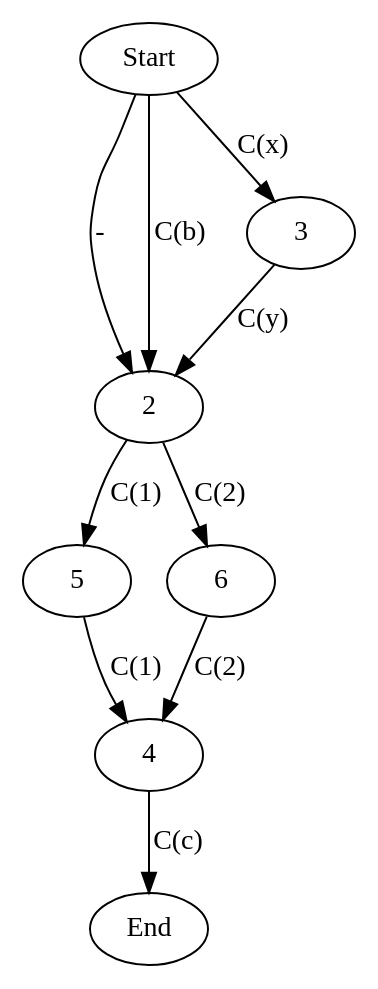
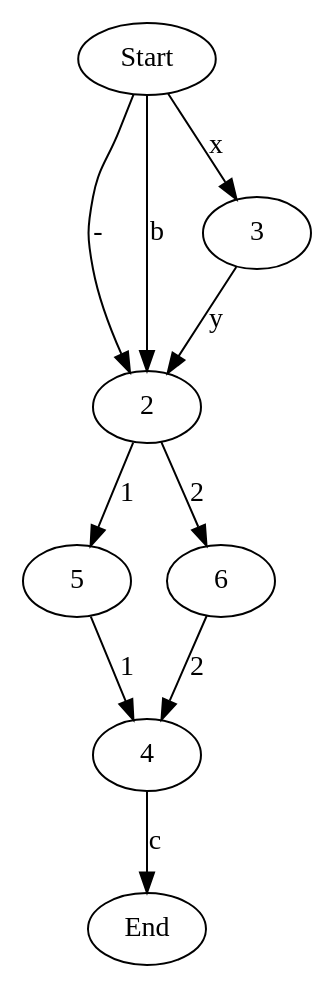
Before and after one commit to itarato/peter_grep: the diagram in state_machine.dot, drawn with Graphviz. The commit also changed 4 other files, not shown here.

```diff
--- a/state_machine.dot
+++ b/state_machine.dot
@@ -1,11 +1,11 @@
 digraph {{
 	Start -> 2 [label="-"]
-	Start -> 2 [label="C(b)"]
-	Start -> 3 [label="C(x)"]
-	3 -> 2 [label="C(y)"]
-	2 -> 5 [label="C(1)"]
-	5 -> 4 [label="C(1)"]
-	2 -> 6 [label="C(2)"]
-	6 -> 4 [label="C(2)"]
-	4 -> End [label="C(c)"]
+	Start -> 2 [label="b"]
+	Start -> 3 [label="x"]
+	3 -> 2 [label="y"]
+	2 -> 5 [label="1"]
+	5 -> 4 [label="1"]
+	2 -> 6 [label="2"]
+	6 -> 4 [label="2"]
+	4 -> End [label="c"]
 }}
```
